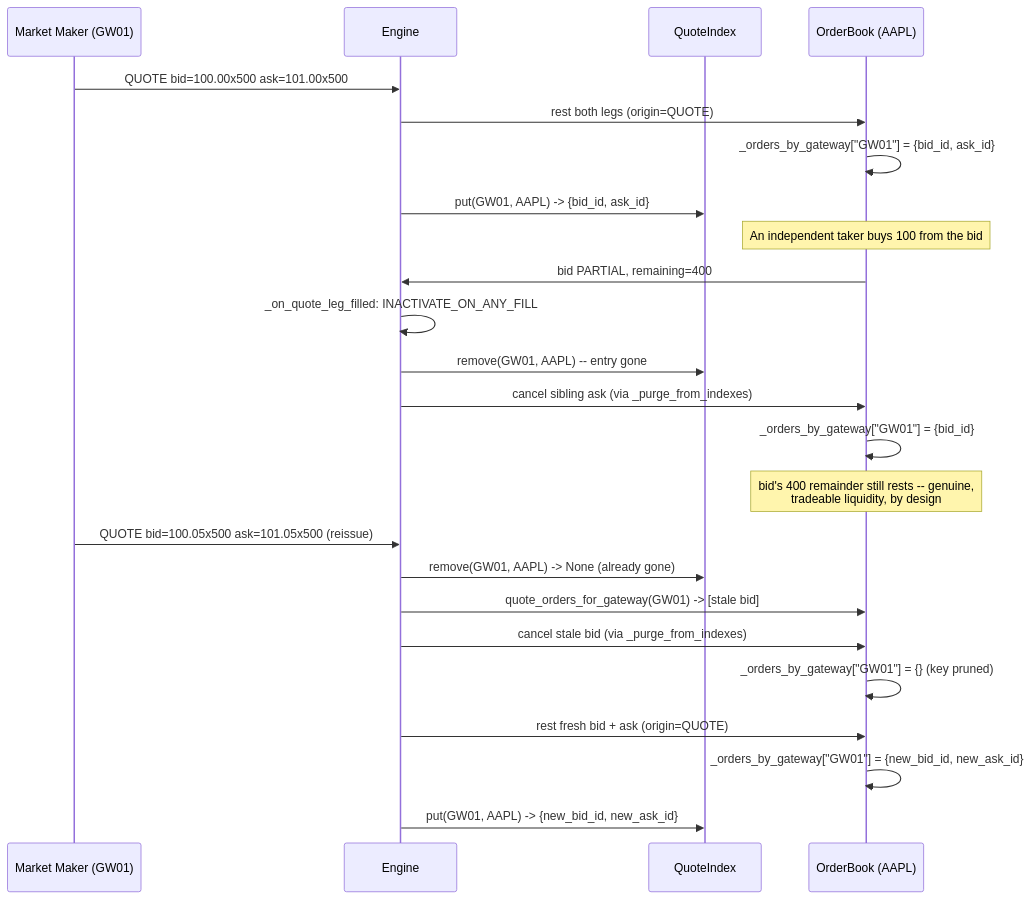
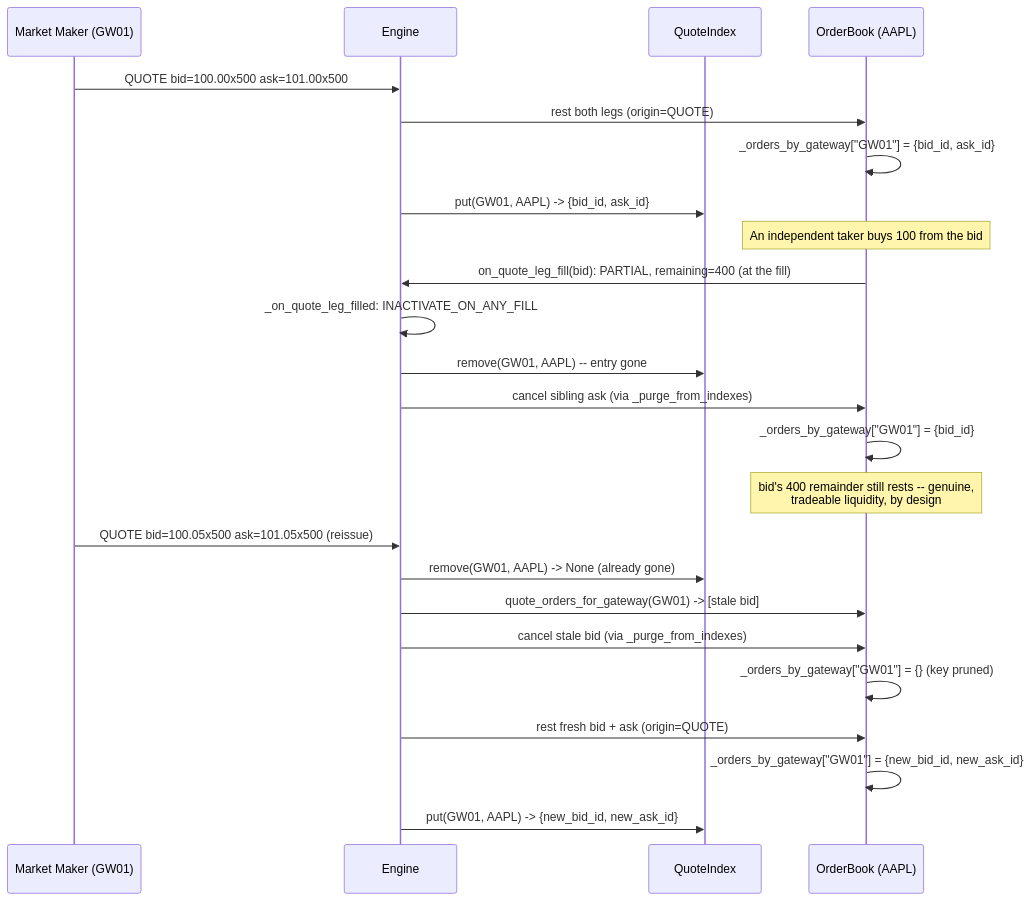
The eighth of 11 diagrams in docs/books/architecture-and-development/part-1-architecture/020-guided-tour.md (johan162/EduMatcher), drawn with Mermaid before and after one commit. The commit also changed 5 other files, not shown here.

````diff
--- a/docs/books/architecture-and-development/part-1-architecture/020-guided-tour.md
+++ b/docs/books/architecture-and-development/part-1-architecture/020-guided-tour.md
@@ -1625,29 +1625,29 @@
 ```mermaid
 sequenceDiagram
     participant MM as Market Maker (GW01)
     participant E as Engine
     participant QI as QuoteIndex
     participant OB as OrderBook (AAPL)
 
     MM->>E: QUOTE bid=100.00x500 ask=101.00x500
     E->>OB: rest both legs (origin=QUOTE)
     OB->>OB: _orders_by_gateway["GW01"] = {bid_id, ask_id}
     E->>QI: put(GW01, AAPL) -> {bid_id, ask_id}
 
     Note over OB: An independent taker buys 100 from the bid
-    OB->>E: bid PARTIAL, remaining=400
+    OB->>E: on_quote_leg_fill(bid): PARTIAL, remaining=400 (at the fill)
     E->>E: _on_quote_leg_filled: INACTIVATE_ON_ANY_FILL
     E->>QI: remove(GW01, AAPL)  -- entry gone
     E->>OB: cancel sibling ask (via _purge_from_indexes)
     OB->>OB: _orders_by_gateway["GW01"] = {bid_id}
     Note over OB: bid's 400 remainder still rests -- genuine,<br/>tradeable liquidity, by design
 
     MM->>E: QUOTE bid=100.05x500 ask=101.05x500 (reissue)
     E->>QI: remove(GW01, AAPL) -> None (already gone)
     E->>OB: quote_orders_for_gateway(GW01) -> [stale bid]
     E->>OB: cancel stale bid (via _purge_from_indexes)
     OB->>OB: _orders_by_gateway["GW01"] = {}  (key pruned)
     E->>OB: rest fresh bid + ask (origin=QUOTE)
     OB->>OB: _orders_by_gateway["GW01"] = {new_bid_id, new_ask_id}
     E->>QI: put(GW01, AAPL) -> {new_bid_id, new_ask_id}
 ```
````
